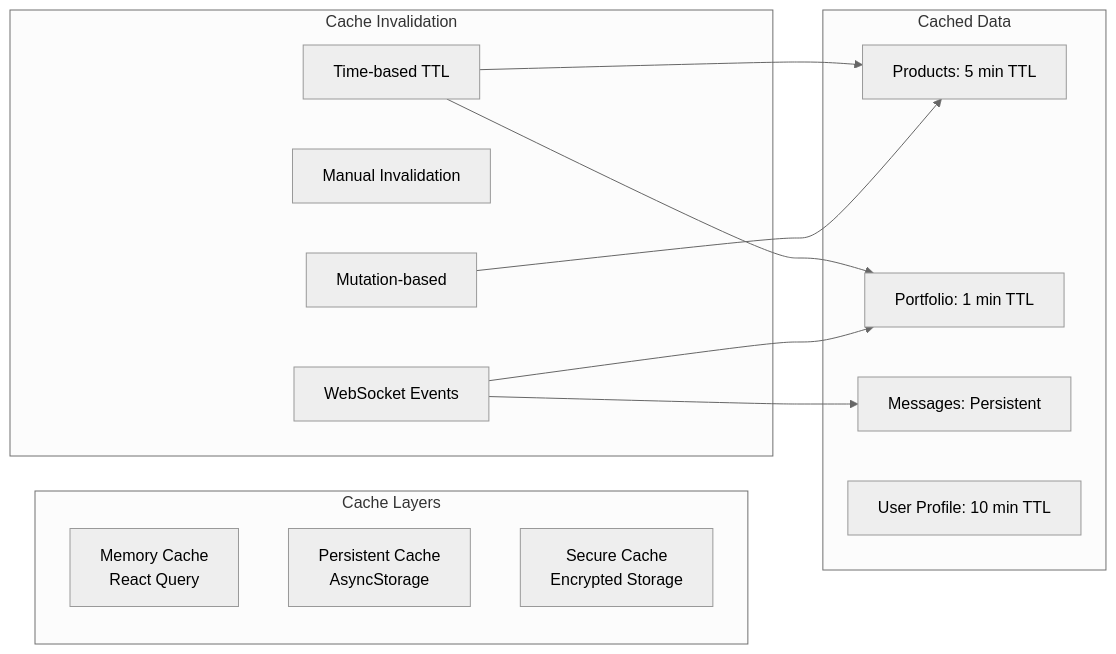
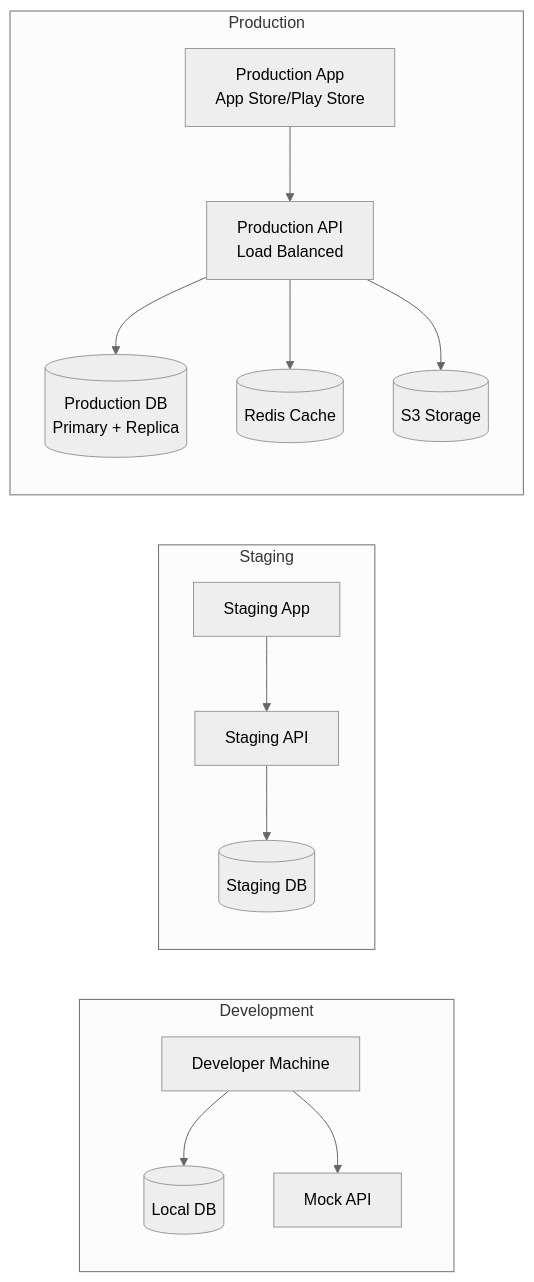
One commit to vovkins/agents-react-native-experiment changed the ninth of 9 diagrams in docs/system-design.md. Above: the diagram before and after it, drawn with Mermaid (neutral theme). The commit also changed other lines of this file, not shown here.

````diff
--- a/docs/system-design.md
+++ b/docs/system-design.md
@@ -990,28 +2110,33 @@
 ```mermaid
 graph LR
-    subgraph "Cache Layers"
-        L1[Memory Cache<br/>React Query]
-        L2[Persistent Cache<br/>AsyncStorage]
-        L3[Secure Cache<br/>Encrypted Storage]
+    subgraph "Development"
+        Dev[Developer Machine]
+        DevDB[(Local DB)]
+        MockAPI[Mock API]
     end
     
-    subgraph "Cache Invalidation"
-        CI1[Time-based TTL]
-        CI2[Manual Invalidation]
-        CI3[Mutation-based]
-        CI4[WebSocket Events]
+    subgraph "Staging"
+        StagApp[Staging App]
+        StagAPI[Staging API]
+        StagDB[(Staging DB)]
     end
     
-    subgraph "Cached Data"
-        CD1[Products: 5 min TTL]
-        CD2[Portfolio: 1 min TTL]
-        CD3[Messages: Persistent]
-        CD4[User Profile: 10 min TTL]
+    subgraph "Production"
+        ProdApp[Production App<br/>App Store/Play Store]
+        ProdAPI[Production API<br/>Load Balanced]
+        ProdDB[(Production DB<br/>Primary + Replica)]
+        Redis[(Redis Cache)]
+        S3[(S3 Storage)]
     end
     
-    CI1 --> CD1
-    CI1 --> CD2
-    CI3 --> CD1
-    CI4 --> CD2
-    CI4 --> CD3
+    Dev --> DevDB
+    Dev --> MockAPI
+    
+    StagApp --> StagAPI
+    StagAPI --> StagDB
+    
+    ProdApp --> ProdAPI
+    ProdAPI --> ProdDB
+    ProdAPI --> Redis
+    ProdAPI --> S3
 ```
````
